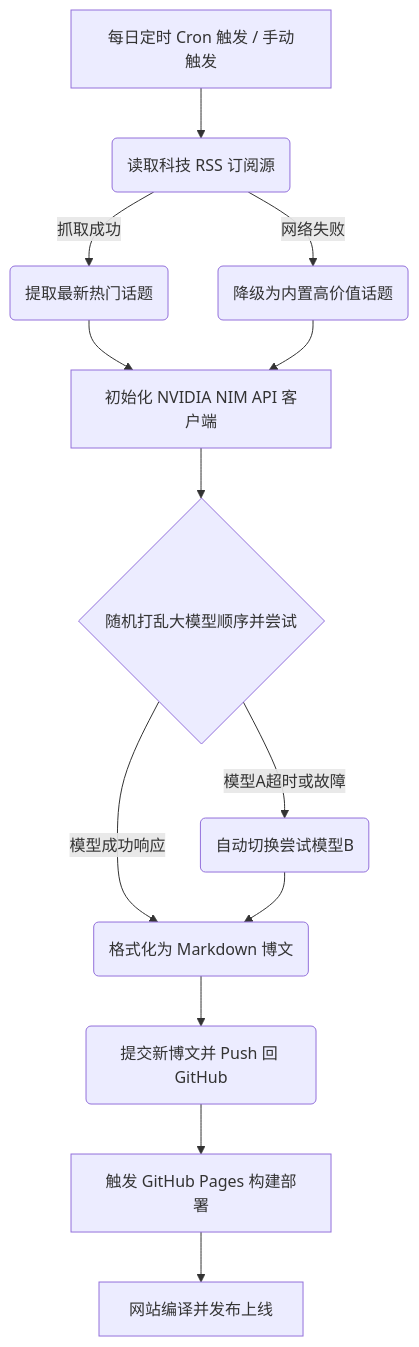
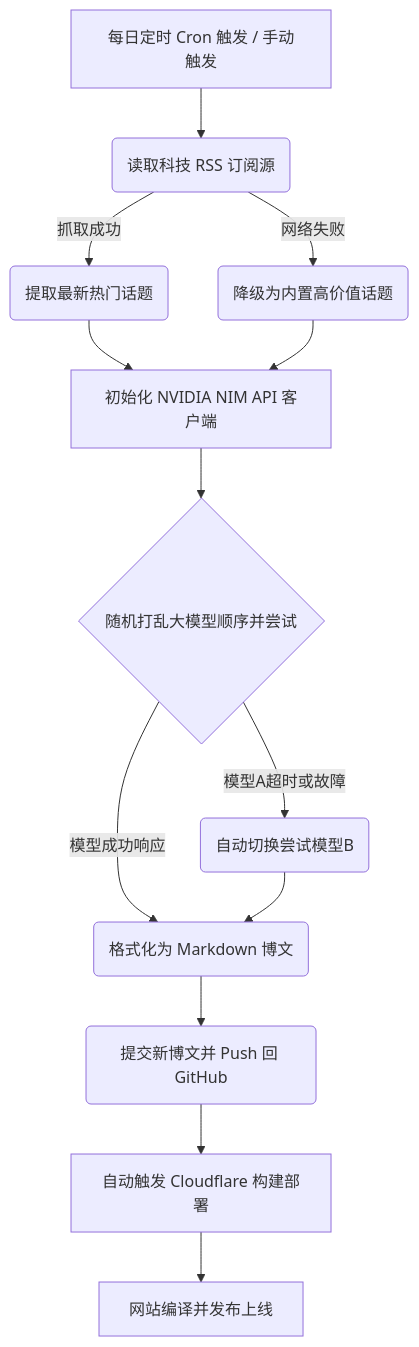
Before and after one commit to 3y3y3y-huaiji/hugo-blog-loveit-theme: the diagram in README.md, drawn with Mermaid. The commit also changed other lines of this file and 20 other files, not shown here.

````diff
--- a/README.md
+++ b/README.md
@@ -54,14 +57,14 @@
 ```mermaid
 graph TD
     A[每日定时 Cron 触发 / 手动触发] --> B(读取科技 RSS 订阅源)
     B -->|抓取成功| C(提取最新热门话题)
     B -->|网络失败| D(降级为内置高价值话题)
     C & D --> E[初始化 NVIDIA NIM API 客户端]
     E --> F{随机打乱大模型顺序并尝试}
     F -->|模型A超时或故障| G(自动切换尝试模型B)
     F -->|模型成功响应| H(格式化为 Markdown 博文)
     G --> H
     H --> I(提交新博文并 Push 回 GitHub)
-    I --> J[触发 GitHub Pages 构建部署]
+    I --> J[自动触发 Cloudflare 构建部署]
     J --> K[网站编译并发布上线]
 ```
````
